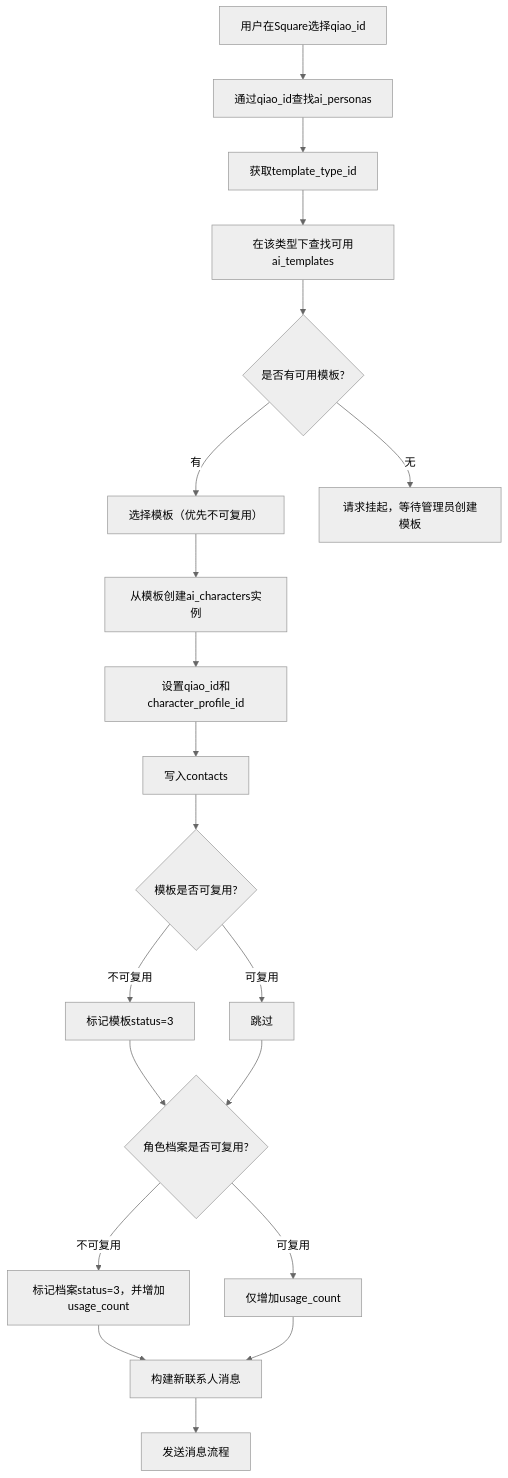
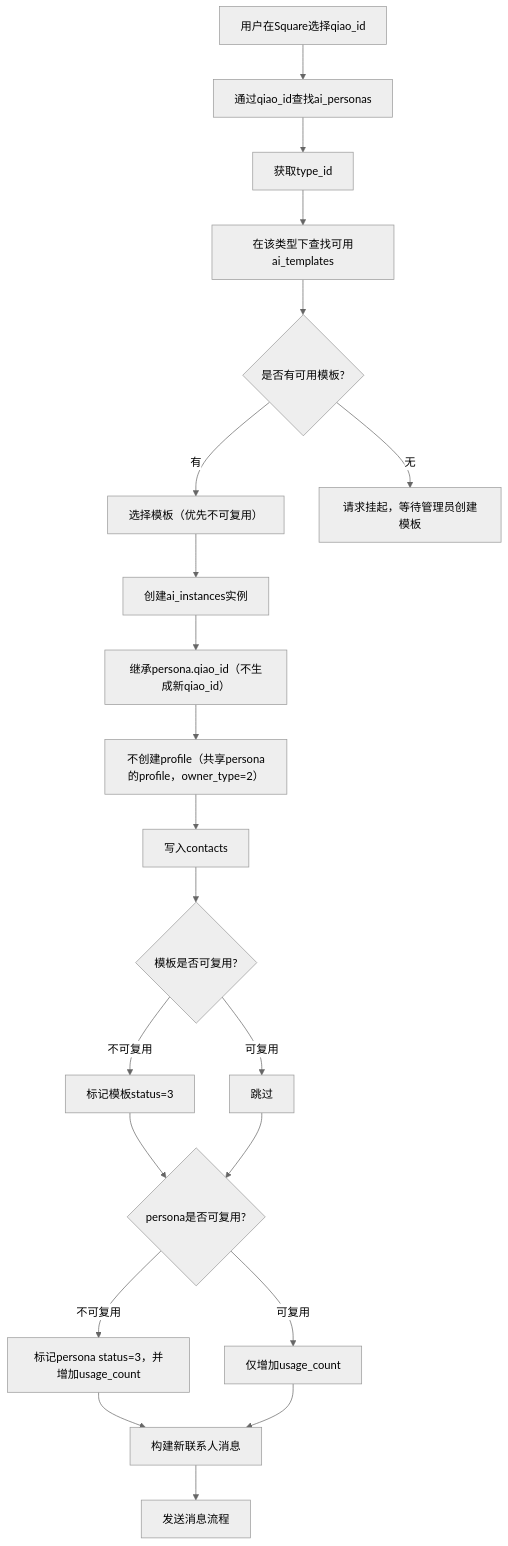
Before and after one commit to Monopink/ailo: the first of 2 diagrams in docs/prototype/ai-chat.md, drawn with Mermaid (neutral theme). The commit also changed other lines of this file and 136 other files, not shown here.

````diff
--- a/docs/prototype/ai-chat.md
+++ b/docs/prototype/ai-chat.md
@@ -5,22 +5,23 @@
 ```mermaid
 flowchart TB
     n1["用户在Square选择qiao_id"] --> n2["通过qiao_id查找ai_personas"]
-    n2 --> n3["获取template_type_id"]
+    n2 --> n3["获取type_id"]
     n3 --> n4["在该类型下查找可用ai_templates"]
     n4 --> n5{"是否有可用模板?"}
     n5 -->|有| n6["选择模板（优先不可复用）"]
     n5 -->|无| n15["请求挂起，等待管理员创建模板"]
-    n6 --> n7["从模板创建ai_characters实例"]
-    n7 --> n8["设置qiao_id和character_profile_id"]
-    n8 --> n9["写入contacts"]
+    n6 --> n7["创建ai_instances实例"]
+    n7 --> n8["继承persona.qiao_id（不生成新qiao_id）"]
+    n8 --> n8b["不创建profile（共享persona的profile，owner_type=2）"]
+    n8b --> n9["写入contacts"]
     n9 --> n10{"模板是否可复用?"}
     n10 -->|不可复用| n11["标记模板status=3"]
     n10 -->|可复用| n12["跳过"]
-    n11 --> n13{"角色档案是否可复用?"}
+    n11 --> n13{"persona是否可复用?"}
     n12 --> n13
-    n13 -->|不可复用| n14["标记档案status=3，并增加usage_count"]
+    n13 -->|不可复用| n14["标记persona status=3，并增加usage_count"]
     n13 -->|可复用| n16["仅增加usage_count"]
     n14 --> n17["构建新联系人消息"]
     n16 --> n17
     n17 --> n18["发送消息流程"]
 ```
````
